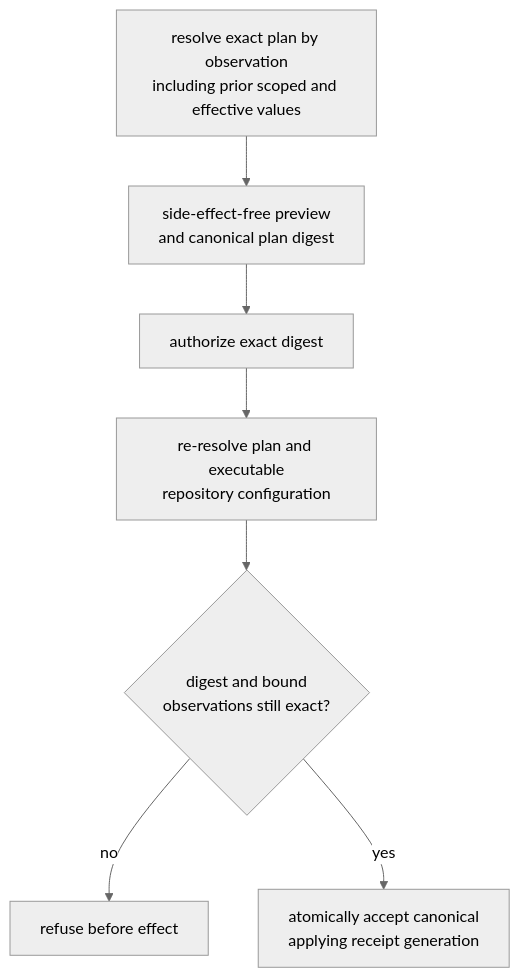
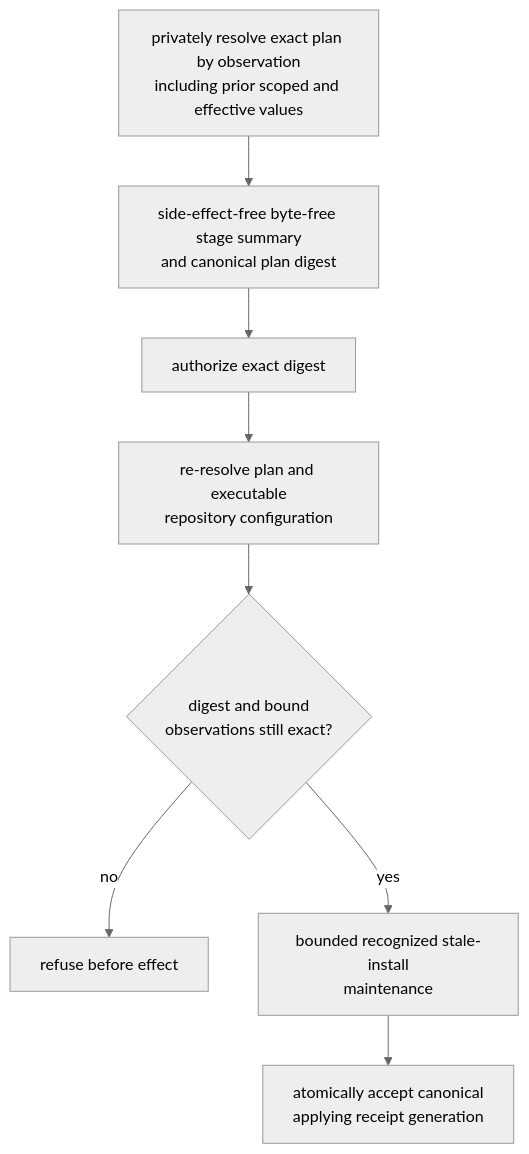
The sixth of 10 diagrams in docs/product/planes/distribution.md (infimalabs/spice-rust), drawn with Mermaid (neutral theme) before and after one commit. The commit also changed other lines of this file and 120 other files, not shown here.

````diff
--- a/docs/product/planes/distribution.md
+++ b/docs/product/planes/distribution.md
@@ -303,9 +343,10 @@
 ```mermaid
 flowchart TD
-  OBS["resolve exact plan by observation<br/>including prior scoped and effective values"] --> PRE["side-effect-free preview<br/>and canonical plan digest"]
+  OBS["privately resolve exact plan by observation<br/>including prior scoped and effective values"] --> PRE["side-effect-free byte-free stage summary<br/>and canonical plan digest"]
   PRE --> APP["authorize exact digest"]
   APP --> AGAIN["re-resolve plan and executable<br/>repository configuration"]
   AGAIN --> SAME{"digest and bound<br/>observations still exact?"}
   SAME -- no --> REF["refuse before effect"]
-  SAME -- yes --> ACCEPT["atomically accept canonical<br/>applying receipt generation"]
+  SAME -- yes --> MAINT["bounded recognized stale-install<br/>maintenance"]
+  MAINT --> ACCEPT["atomically accept canonical<br/>applying receipt generation"]
 ```
````
